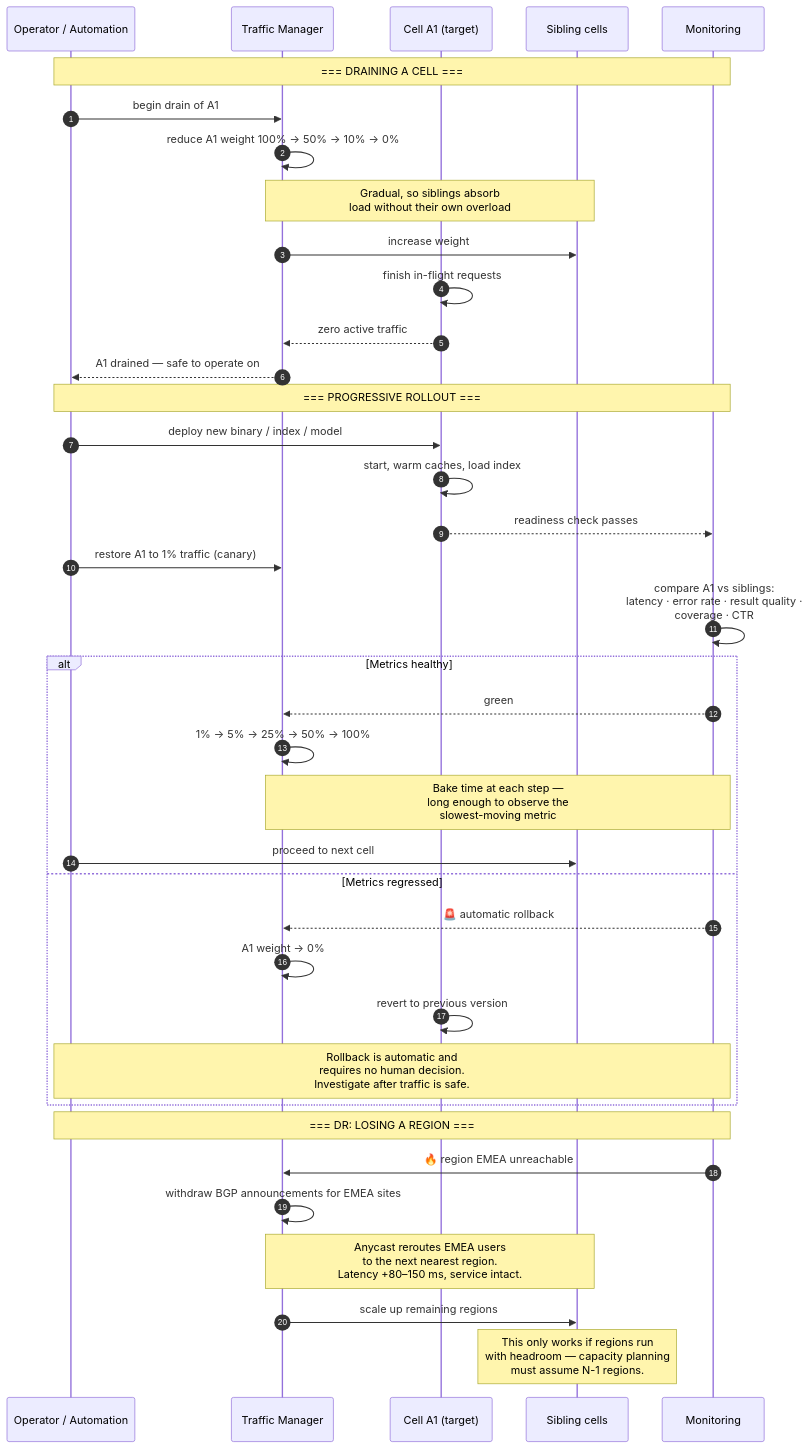
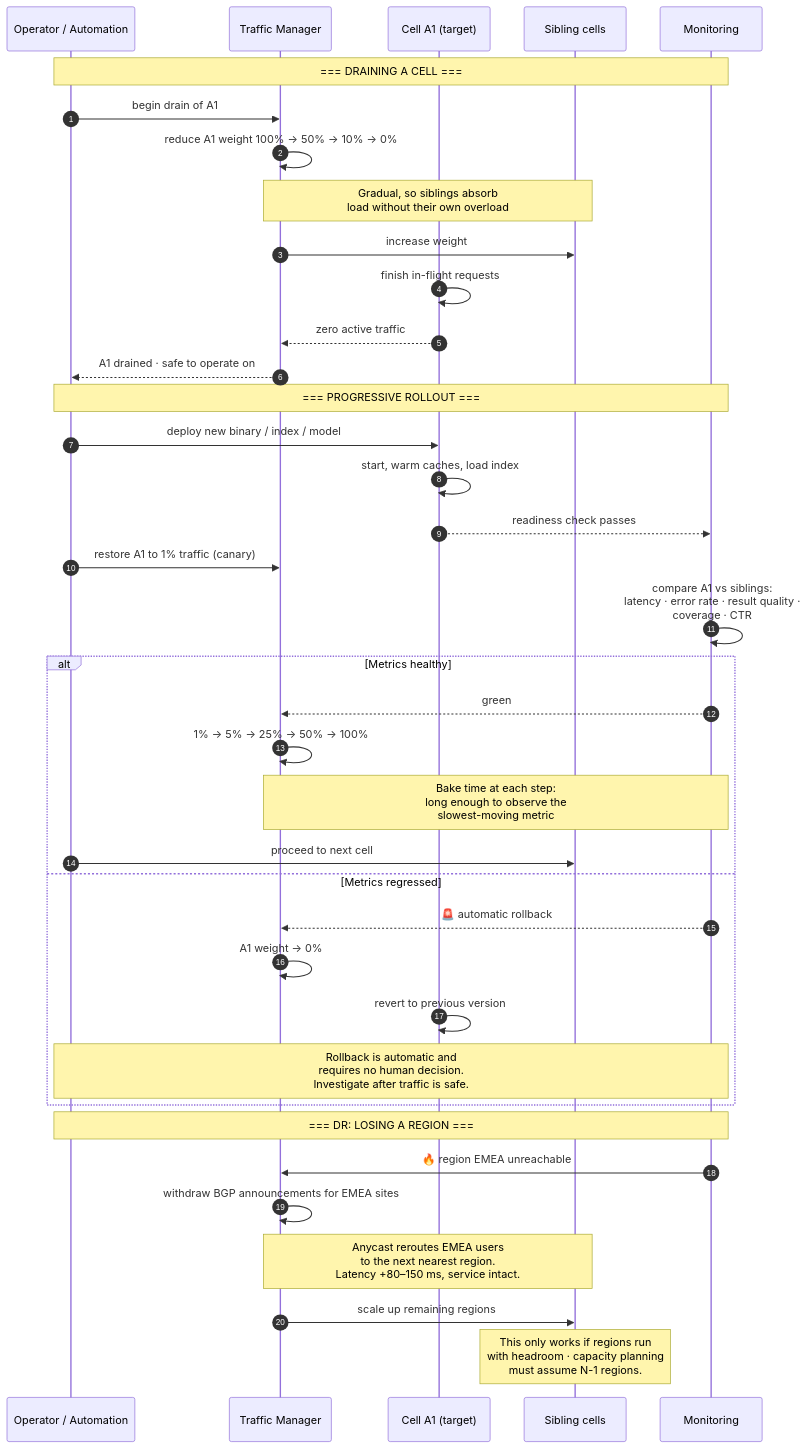
The fifth of 5 diagrams in docs/en/12-reliability.md (ahmedselimmansor-ctrl/google-search-system-design), drawn with Mermaid before and after one commit. The commit also changed other lines of this file and 89 other files, not shown here.

````diff
--- a/docs/en/12-reliability.md
+++ b/docs/en/12-reliability.md
@@ -295,45 +295,45 @@
 ```mermaid
 sequenceDiagram
     autonumber
     participant OP as Operator / Automation
     participant TM as Traffic Manager
     participant C1 as Cell A1 (target)
     participant C2 as Sibling cells
     participant MON as Monitoring
 
     Note over OP,MON: === DRAINING A CELL ===
     OP->>TM: begin drain of A1
     TM->>TM: reduce A1 weight 100% → 50% → 10% → 0%
     Note over TM,C2: Gradual, so siblings absorb<br/>load without their own overload
     TM->>C2: increase weight
     C1->>C1: finish in-flight requests
     C1-->>TM: zero active traffic
-    TM-->>OP: A1 drained — safe to operate on
+    TM-->>OP: A1 drained · safe to operate on
 
     Note over OP,MON: === PROGRESSIVE ROLLOUT ===
     OP->>C1: deploy new binary / index / model
     C1->>C1: start, warm caches, load index
     C1-->>MON: readiness check passes
     OP->>TM: restore A1 to 1% traffic (canary)
 
     MON->>MON: compare A1 vs siblings:<br/>latency · error rate · result quality ·<br/>coverage · CTR
 
     alt Metrics healthy
         MON-->>TM: green
         TM->>TM: 1% → 5% → 25% → 50% → 100%
-        Note over TM,MON: Bake time at each step —<br/>long enough to observe the<br/>slowest-moving metric
+        Note over TM,MON: Bake time at each step:<br/>long enough to observe the<br/>slowest-moving metric
         OP->>C2: proceed to next cell
     else Metrics regressed
         MON-->>TM: 🚨 automatic rollback
         TM->>TM: A1 weight → 0%
         C1->>C1: revert to previous version
         Note over OP,MON: Rollback is automatic and<br/>requires no human decision.<br/>Investigate after traffic is safe.
     end
 
     Note over OP,MON: === DR: LOSING A REGION ===
     MON->>TM: 🔥 region EMEA unreachable
     TM->>TM: withdraw BGP announcements for EMEA sites
     Note over TM,C2: Anycast reroutes EMEA users<br/>to the next nearest region.<br/>Latency +80–150 ms, service intact.
     TM->>C2: scale up remaining regions
-    Note over C2: This only works if regions run<br/>with headroom — capacity planning<br/>must assume N-1 regions.
+    Note over C2: This only works if regions run<br/>with headroom · capacity planning<br/>must assume N-1 regions.
 ```
````
